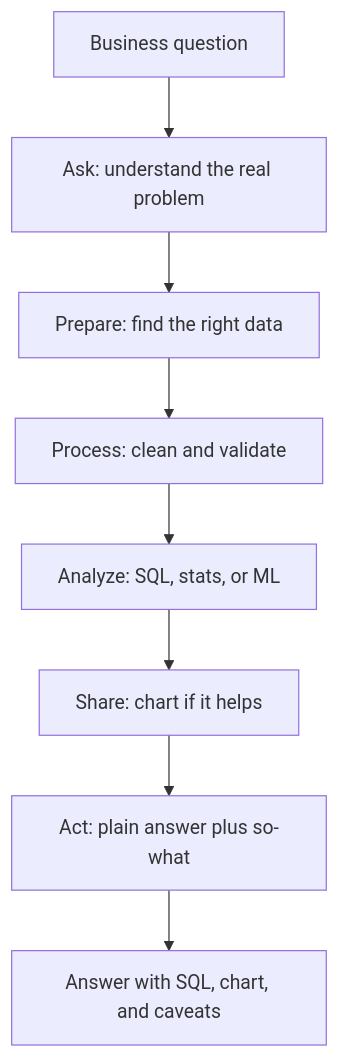
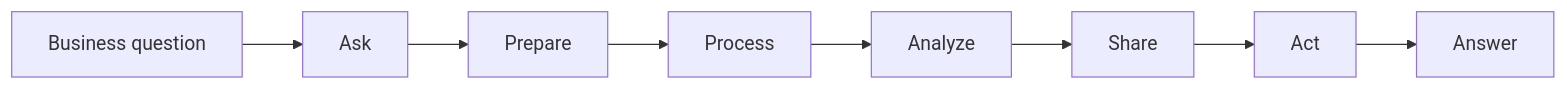
The diagram in README.md (rithikahaha/AI-Data-Analyst-Claude-Code), drawn with Mermaid before and after one commit. The commit also changed other lines of this file and 2 other files, not shown here.

Commit message:
Fix mermaid diagrams clipping in GitHub's fixed-height viewer
GitHub renders mermaid diagrams inside a fixed-height pan/zoom box, so a
tall vertical flowchart with many stacked nodes gets clipped below the
fold. Switched both diagrams to a short, single-row layout with a table/
prose carrying the detail instead of long in-node labels, so the whole
flow is visible without panning. Also drops the last Google cert
namedrop from the interview cheat sheet.

````diff
--- a/README.md
+++ b/README.md
@@ -29,10 +29,4 @@
 ```mermaid
-flowchart TD
-    Q["Business question"] --> Ask["Ask: understand the real problem"]
-    Ask --> Prepare["Prepare: find the right data"]
-    Prepare --> Process["Process: clean and validate"]
-    Process --> Analyze["Analyze: SQL, stats, or ML"]
-    Analyze --> Share["Share: chart if it helps"]
-    Share --> Act["Act: plain answer plus so-what"]
-    Act --> A["Answer with SQL, chart, and caveats"]
+flowchart LR
+    Q[Business question] --> Ask[Ask] --> Prepare[Prepare] --> Process[Process] --> Analyze[Analyze] --> Share[Share] --> Act[Act] --> A[Answer]
 ```
````
